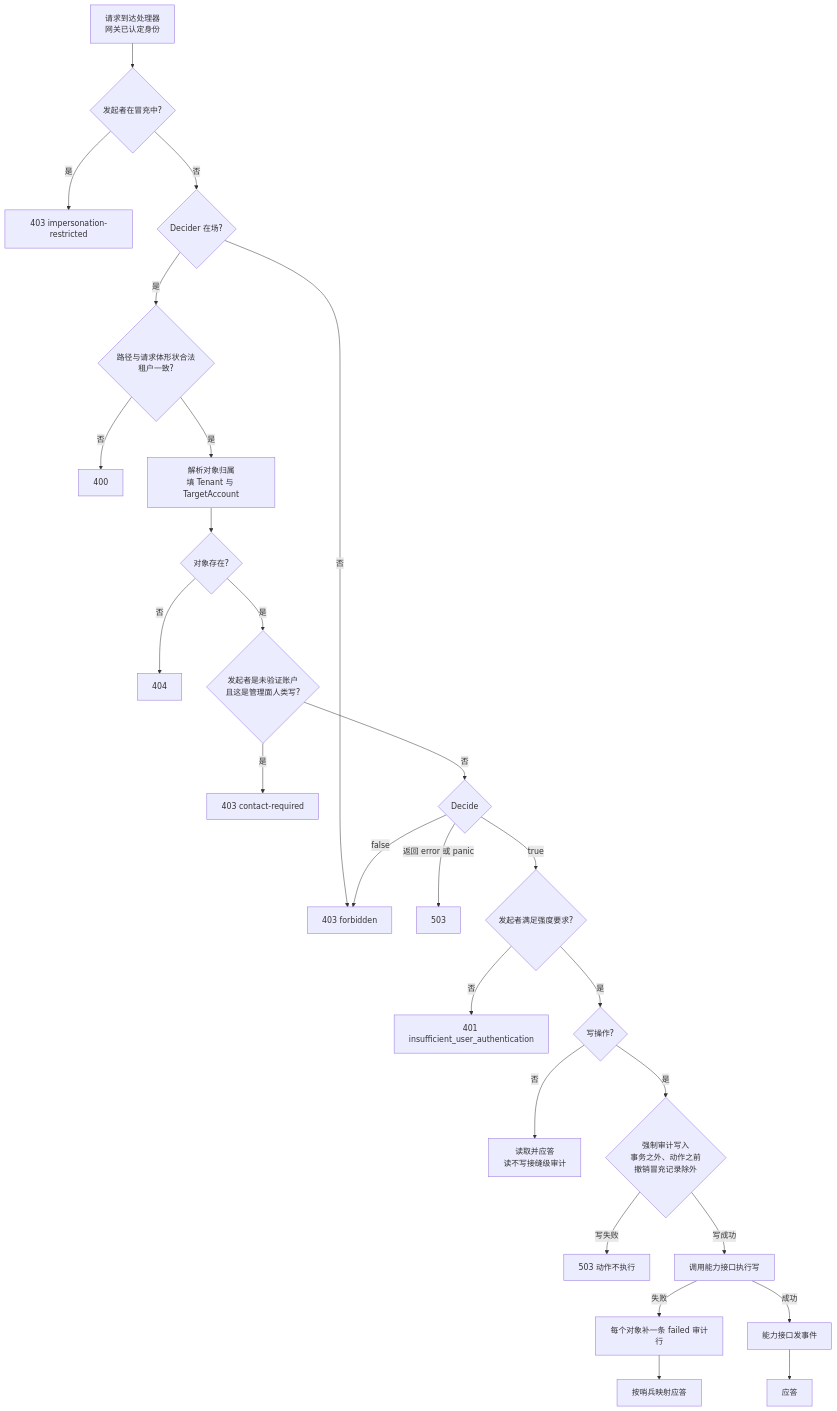
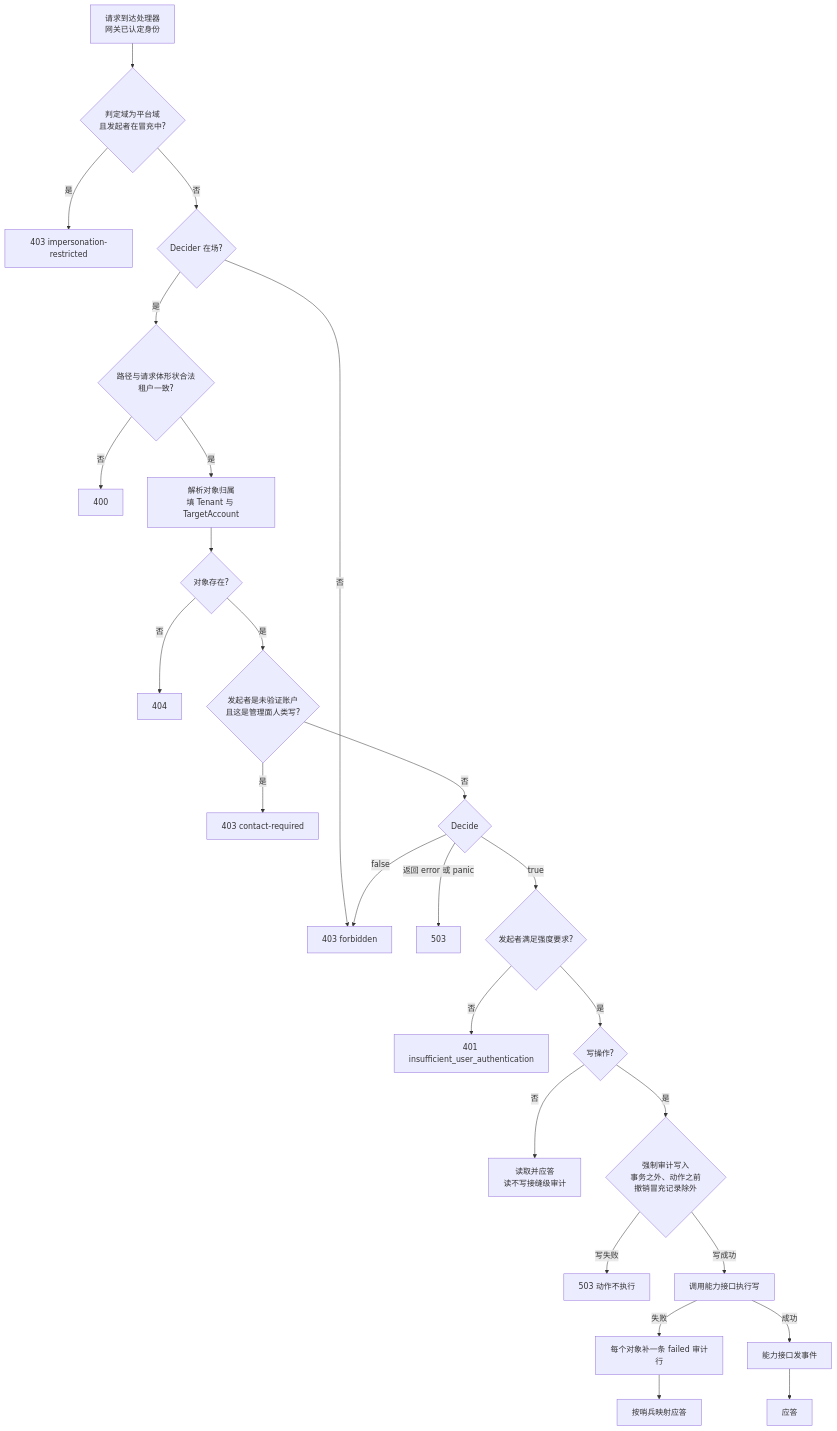
The second of 2 diagrams in docs/design/modules/authn/design-authn-admin.md (wangzw/speed), drawn with Mermaid before and after one commit. The commit also changed other lines of this file and 24 other files, not shown here.

````diff
--- a/docs/design/modules/authn/design-authn-admin.md
+++ b/docs/design/modules/authn/design-authn-admin.md
@@ -304,26 +303,26 @@
 ```mermaid
 flowchart TD
-    A["请求到达处理器<br/>网关已认定身份"] --> B{"发起者在冒充中?"}
+    A["请求到达处理器<br/>网关已认定身份"] --> B{"判定域为平台域<br/>且发起者在冒充中?"}
     B -- 是 --> R1["403 impersonation-restricted"]
     B -- 否 --> C{"Decider 在场?"}
     C -- 否 --> R2["403 forbidden"]
     C -- 是 --> D{"路径与请求体形状合法<br/>租户一致?"}
     D -- 否 --> R3["400"]
     D -- 是 --> E["解析对象归属<br/>填 Tenant 与 TargetAccount"]
     E --> F{"对象存在?"}
     F -- 否 --> R4["404"]
     F -- 是 --> G2{"发起者是未验证账户<br/>且这是管理面人类写?"}
     G2 -- 是 --> R9["403 contact-required"]
     G2 -- 否 --> G{"Decide"}
     G -- "返回 error 或 panic" --> R5["503"]
     G -- "false" --> R2
     G -- "true" --> H{"发起者满足强度要求?"}
     H -- 否 --> R6["401 insufficient_user_authentication"]
     H -- 是 --> I{"写操作?"}
     I -- 否 --> J["读取并应答<br/>读不写接缝级审计"]
     I -- 是 --> K{"强制审计写入<br/>事务之外、动作之前<br/>撤销冒充记录除外"}
     K -- 写失败 --> R7["503 动作不执行"]
     K -- 写成功 --> L["调用能力接口执行写"]
     L -- 失败 --> M["每个对象补一条 failed 审计行"] --> R8["按哨兵映射应答"]
     L -- 成功 --> N["能力接口发事件"] --> O["应答"]
 ```
````
